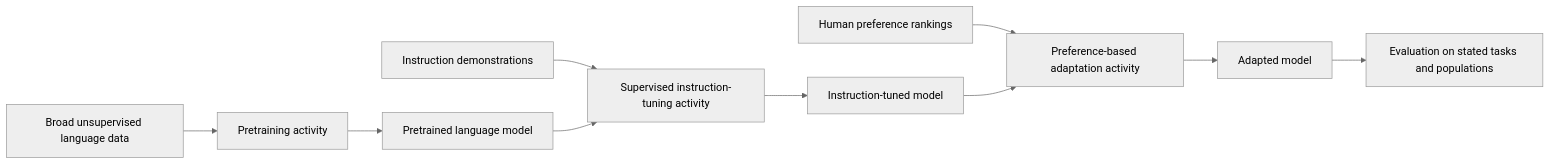
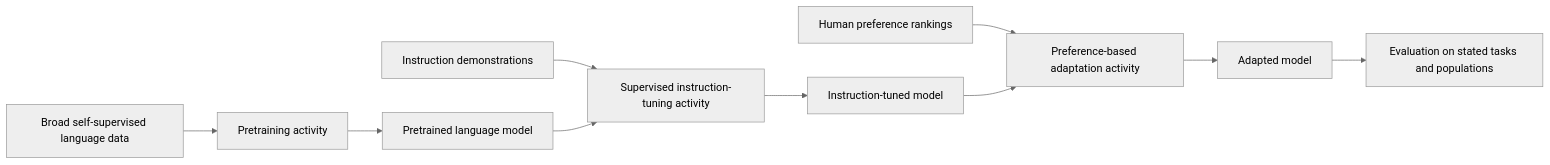
Before and after one commit to tclasen/classwork: the diagram in bundle/artificial-intelligence/language-model-adaptation-stages.md, drawn with Mermaid (neutral theme). The commit also changed other lines of this file and 6 other files, not shown here.

Commit message:
Maintain knowledge graph teaching and boundaries

````diff
--- a/bundle/artificial-intelligence/language-model-adaptation-stages.md
+++ b/bundle/artificial-intelligence/language-model-adaptation-stages.md
@@ -120,12 +121,12 @@
 ```mermaid
 flowchart LR
-    D[Broad unsupervised language data] --> P[Pretraining activity]
+    D[Broad self-supervised language data] --> P[Pretraining activity]
     P --> M[Pretrained language model]
     S[Instruction demonstrations] --> I[Supervised instruction-tuning activity]
     M --> I
     I --> F[Instruction-tuned model]
     R[Human preference rankings] --> H[Preference-based adaptation activity]
     F --> H
     H --> A[Adapted model]
     A --> E[Evaluation on stated tasks and populations]
 ```
````
